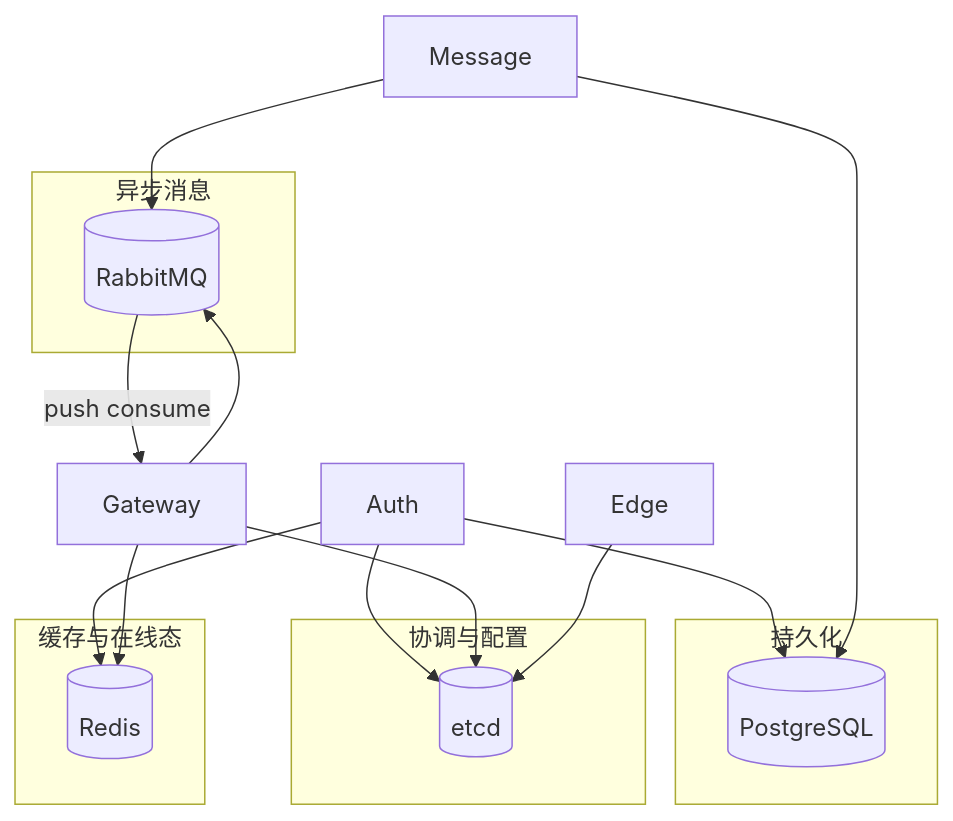
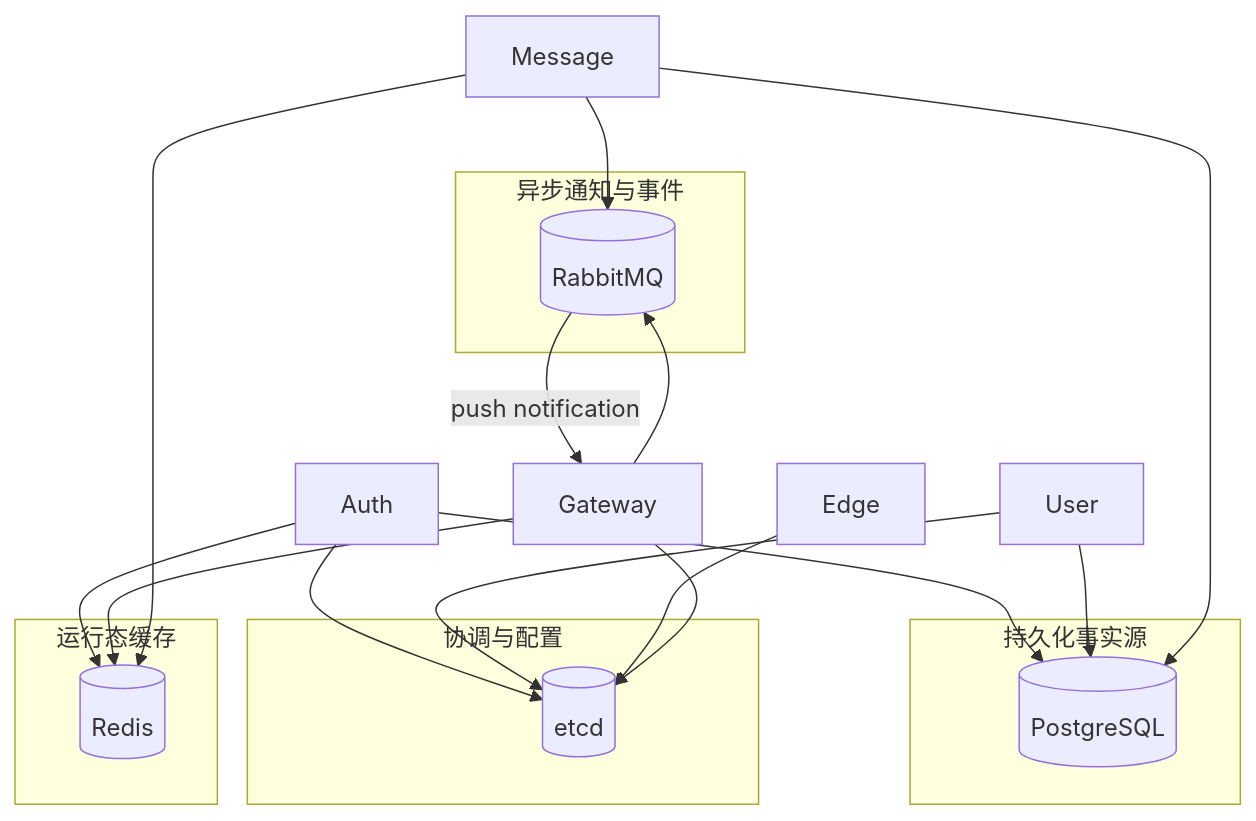
The first of 5 diagrams in docs/infrastructure/infrastructure.md (HappyLadySauce/Beehive-IM), drawn with Mermaid before and after one commit. The commit also changed other lines of this file and 3 other files, not shown here.

````diff
--- a/docs/infrastructure/infrastructure.md
+++ b/docs/infrastructure/infrastructure.md
@@ -13,29 +26,32 @@
 ```mermaid
 flowchart TB
-    subgraph persist [持久化]
+    subgraph persist [持久化事实源]
         PG[(PostgreSQL)]
     end
 
     subgraph coord [协调与配置]
         Etcd[(etcd)]
     end
 
-    subgraph cache [缓存与在线态]
+    subgraph runtime [运行态缓存]
         Redis[(Redis)]
     end
 
-    subgraph async [异步消息]
+    subgraph async [异步通知与事件]
         RMQ[(RabbitMQ)]
     end
 
     Auth --> PG
     Auth --> Redis
     Auth --> Etcd
+    User --> PG
+    User --> Etcd
+    Edge --> Etcd
     Gateway --> Etcd
     Gateway --> Redis
     Gateway --> RMQ
-    Edge --> Etcd
     Message --> PG
+    Message --> Redis
     Message --> RMQ
-    RMQ -->|push consume| Gateway
+    RMQ -->|push notification| Gateway
 ```
````
